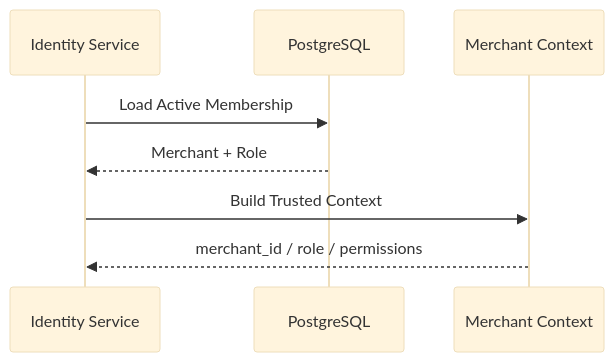
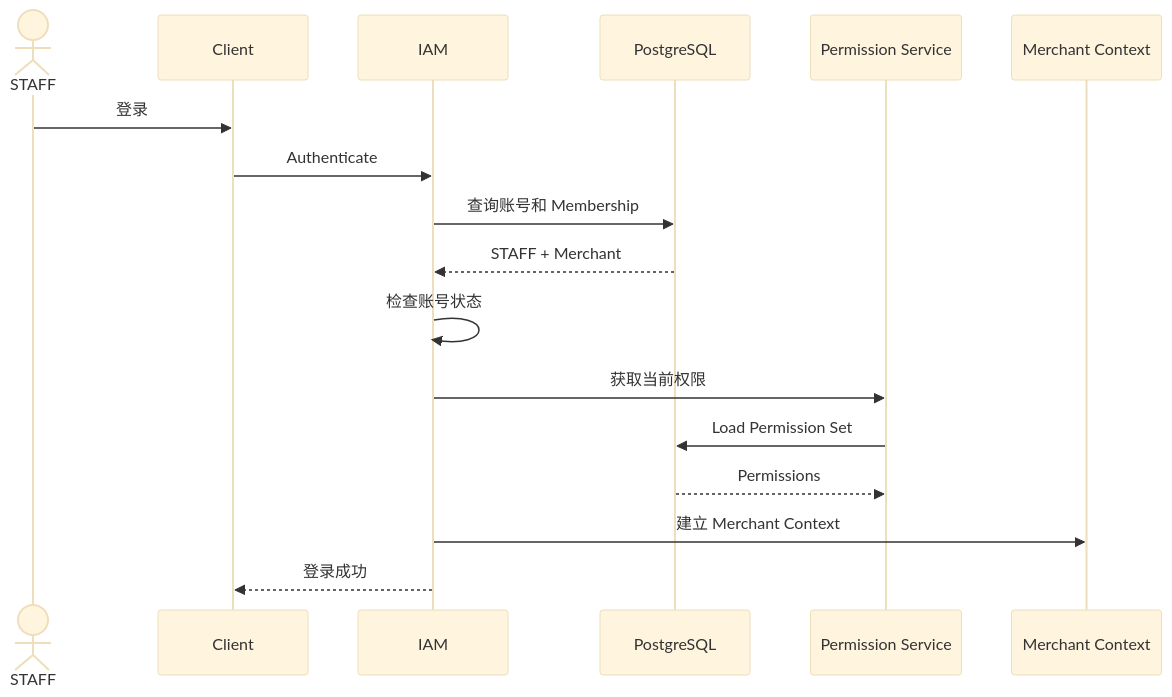
Before and after one commit to sxyq/mastergoods: the fourth of 12 diagrams in docs/system-design/01-账户与身份/02-登录与会话.md, drawn with Mermaid (base theme). The commit also changed other lines of this file and 12 other files, not shown here.

Commit message:
docs(system-design): sync detailed design and explain flows

````diff
--- a/docs/system-design/01-账户与身份/02-登录与会话.md
+++ b/docs/system-design/01-账户与身份/02-登录与会话.md
@@ -74,11 +168,24 @@
 ```mermaid
 sequenceDiagram
-    participant IAM as Identity Service
+    actor S as STAFF
+    participant C as Client
+    participant IAM as IAM
     participant DB as PostgreSQL
+    participant PERM as Permission Service
     participant CTX as Merchant Context
 
-    IAM->>DB: Load Active Membership
-    DB-->>IAM: Merchant + Role
-    IAM->>CTX: Build Trusted Context
-    CTX-->>IAM: merchant_id / role / permissions
+    S->>C: 登录
+    C->>IAM: Authenticate
+
+    IAM->>DB: 查询账号和 Membership
+    DB-->>IAM: STAFF + Merchant
+
+    IAM->>IAM: 检查账号状态
+    IAM->>PERM: 获取当前权限
+    PERM->>DB: Load Permission Set
+    DB-->>PERM: Permissions
+
+    IAM->>CTX: 建立 Merchant Context
+
+    IAM-->>C: 登录成功
 ```
````
